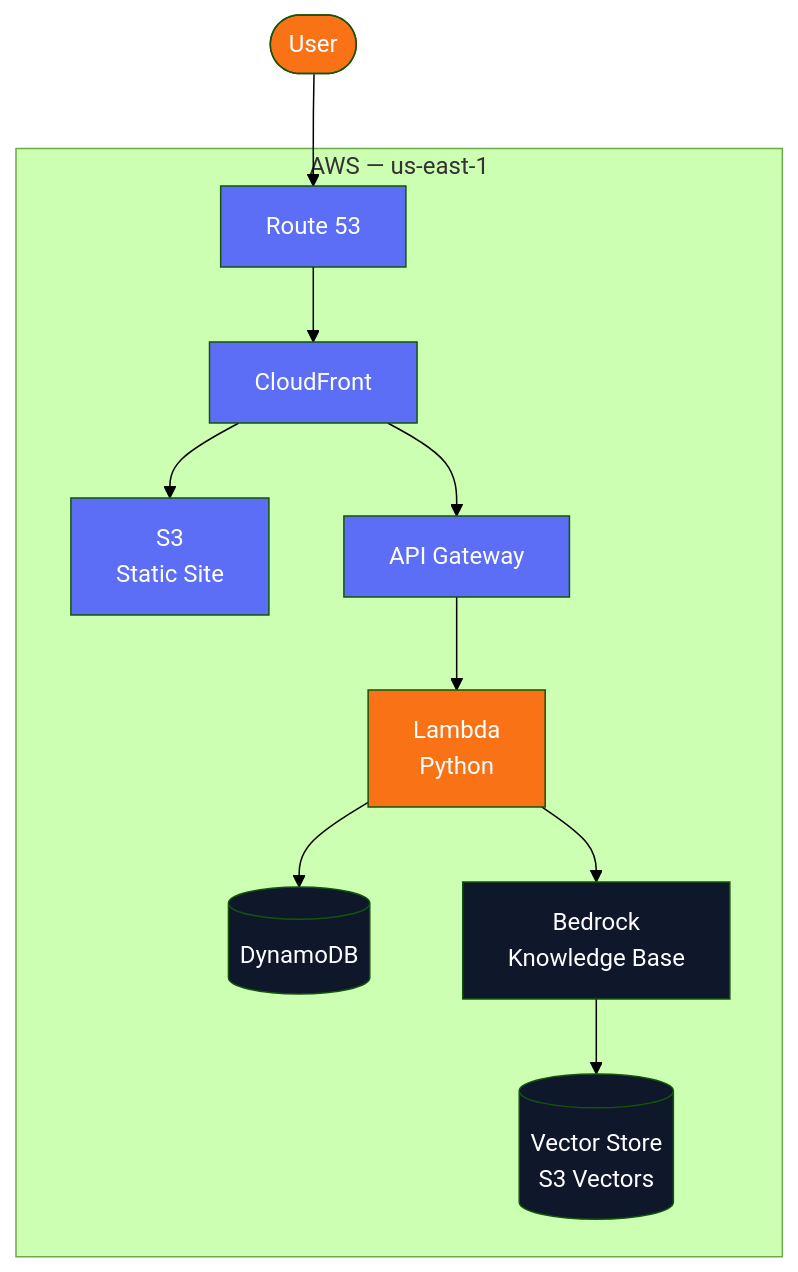
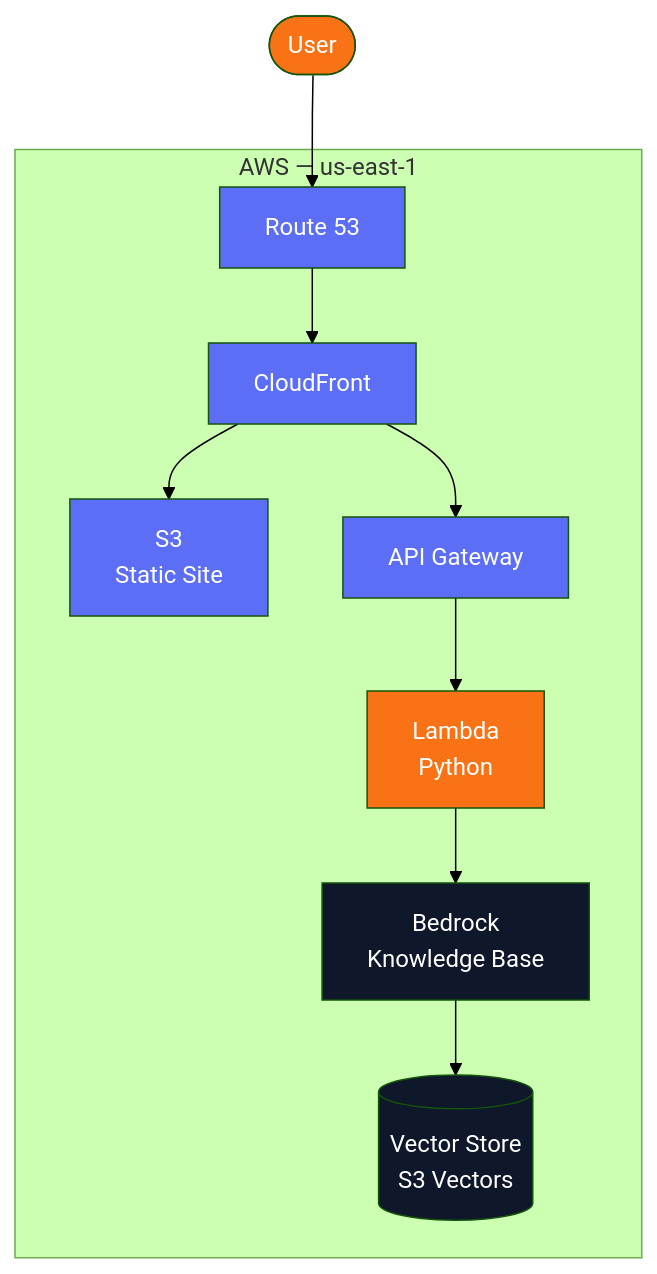
Before and after one commit to CumulusCycles/EverydayAI-Tutor: the third of 5 diagrams in docs/tech/architecture-diagram.md, drawn with Mermaid (forest theme). The commit also changed other lines of this file and 12 other files, not shown here.

````diff
--- a/docs/tech/architecture-diagram.md
+++ b/docs/tech/architecture-diagram.md
@@ -81,32 +89,29 @@
 ```mermaid
 flowchart TD
     A([User]) --> B[Route 53]
     B --> C[CloudFront]
     C --> D[S3\nStatic Site]
     C --> E[API Gateway]
     E --> F[Lambda\nPython]
-    F --> G[(DynamoDB)]
     F --> H[Bedrock\nKnowledge Base]
     H --> I[(Vector Store\nS3 Vectors)]
 
     subgraph AWS [AWS — us-east-1]
         B
         C
         D
         E
         F
-        G
         H
         I
     end
 
     style A fill:#F97316,color:#fff
     style B fill:#5B6EF5,color:#fff
     style C fill:#5B6EF5,color:#fff
     style D fill:#5B6EF5,color:#fff
     style E fill:#5B6EF5,color:#fff
     style F fill:#F97316,color:#fff
-    style G fill:#0F172A,color:#fff
     style H fill:#0F172A,color:#fff
     style I fill:#0F172A,color:#fff
 ```
````
